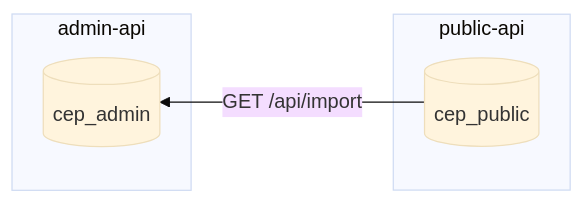
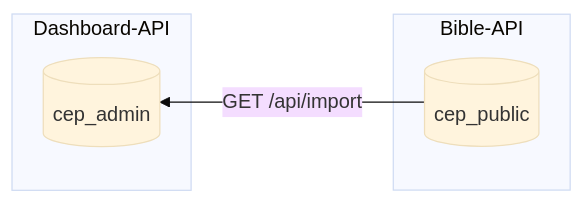
Before and after one commit to Bible-Garden/Architecture: the third of 4 diagrams in architecture.md, drawn with Mermaid (base theme). The commit also changed other lines of this file, not shown here.

First line of the commit message:
Update architecture to match GitHub repos and current state

````diff
--- a/architecture.md
+++ b/architecture.md
@@ -172,12 +196,12 @@
 ```mermaid
 flowchart RL
-    subgraph admin-api
+    subgraph Dashboard-API
         CEP[(cep_admin)]
     end
 
-    subgraph public-api
+    subgraph Bible-API
         PUB[(cep_public)]
     end
 
     PUB -->|GET /api/import| CEP
 ```
````
